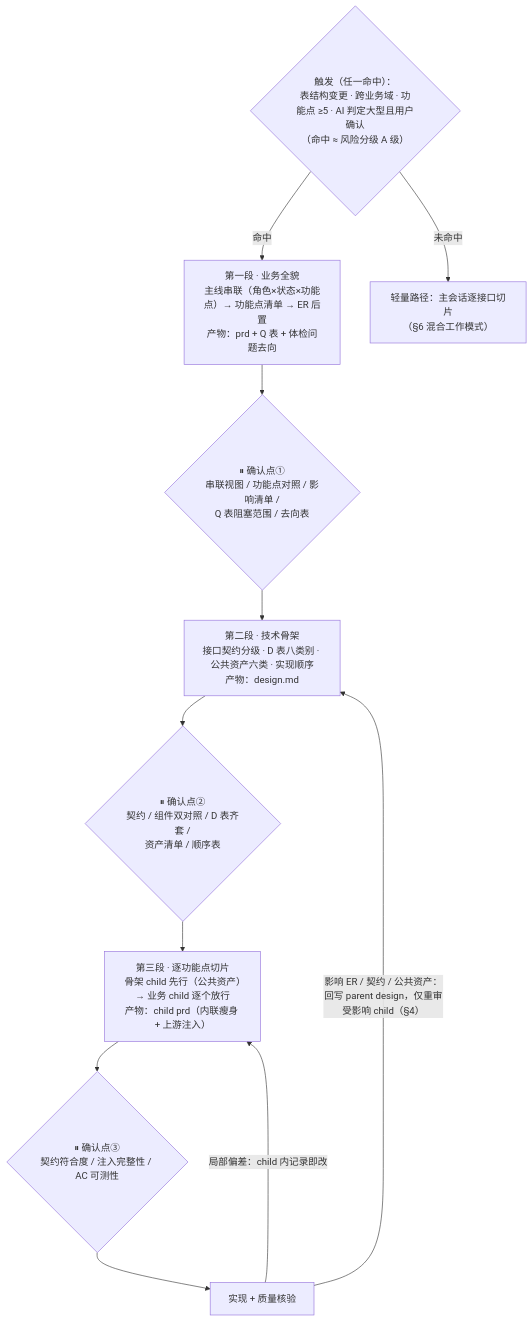
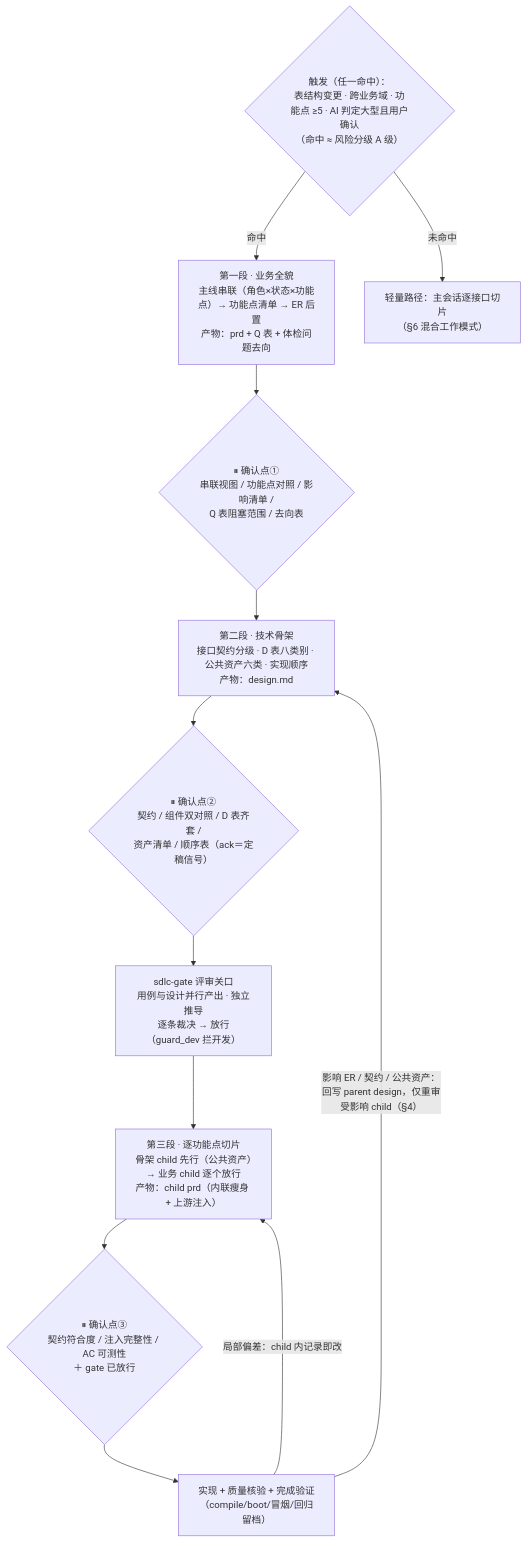
The diagram in docs/large-req-playbook.md (TsCarpe/claude-sdlc-skills), drawn with Mermaid before and after one commit. The commit also changed other lines of this file and 65 other files, not shown here.

````diff
--- a/docs/large-req-playbook.md
+++ b/docs/large-req-playbook.md
@@ -15,17 +15,18 @@
 ```mermaid
 flowchart TB
     T{"触发（任一命中）：<br/>表结构变更 · 跨业务域 · 功能点 ≥5 · AI 判定大型且用户确认<br/>（命中 ≈ 风险分级 A 级）"}
     T -->|命中| S1
     T -->|未命中| L["轻量路径：主会话逐接口切片<br/>（§6 混合工作模式）"]
 
     S1["第一段 · 业务全貌<br/>主线串联（角色×状态×功能点）→ 功能点清单 → ER 后置<br/>产物：prd + Q 表 + 体检问题去向"]
     S1 --> C1{"⏸ 确认点①<br/>串联视图 / 功能点对照 / 影响清单 /<br/>Q 表阻塞范围 / 去向表"}
     C1 --> S2["第二段 · 技术骨架<br/>接口契约分级 · D 表八类别 · 公共资产六类 · 实现顺序<br/>产物：design.md"]
-    S2 --> C2{"⏸ 确认点②<br/>契约 / 组件双对照 / D 表齐套 /<br/>资产清单 / 顺序表"}
-    C2 --> S3["第三段 · 逐功能点切片<br/>骨架 child 先行（公共资产）→ 业务 child 逐个放行<br/>产物：child prd（内联瘦身 + 上游注入）"]
-    S3 --> C3{"⏸ 确认点③<br/>契约符合度 / 注入完整性 / AC 可测性"}
-    C3 --> DEV["实现 + 质量核验"]
+    S2 --> C2{"⏸ 确认点②<br/>契约 / 组件双对照 / D 表齐套 /<br/>资产清单 / 顺序表（ack＝定稿信号）"}
+    C2 --> G["sdlc-gate 评审关口<br/>用例与设计并行产出 · 独立推导<br/>逐条裁决 → 放行（guard_dev 拦开发）"]
+    G --> S3["第三段 · 逐功能点切片<br/>骨架 child 先行（公共资产）→ 业务 child 逐个放行<br/>产物：child prd（内联瘦身 + 上游注入）"]
+    S3 --> C3{"⏸ 确认点③<br/>契约符合度 / 注入完整性 / AC 可测性<br/>＋ gate 已放行"}
+    C3 --> DEV["实现 + 质量核验 + 完成验证<br/>（compile/boot/冒烟/回归留档）"]
 
     DEV -->|"局部偏差：child 内记录即改"| S3
     DEV -->|"影响 ER / 契约 / 公共资产：<br/>回写 parent design，仅重审受影响 child（§4）"| S2
 ```
````
